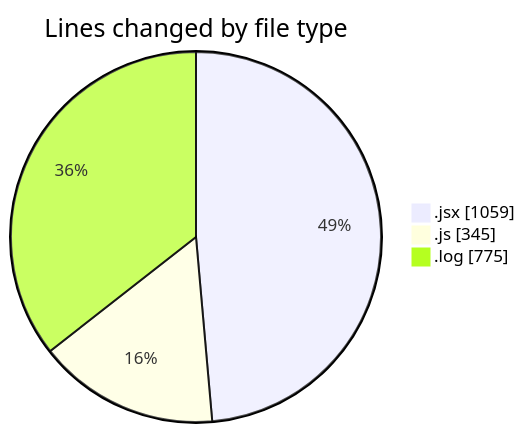
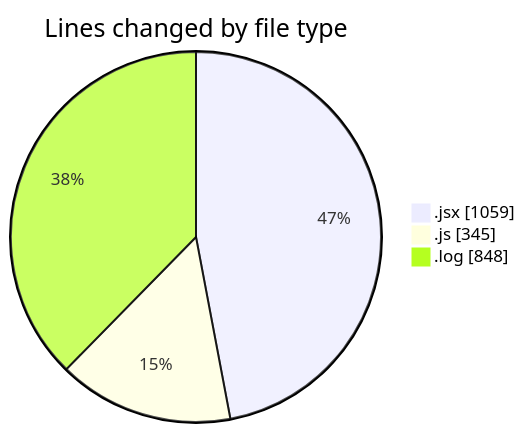
One commit to nxtqubesakshisongat/code-tracking changed the first of 2 diagrams in 2025-12-14/nxtqube_webapp/README.md. Above: the diagram before and after it, drawn with Mermaid. The commit also changed other lines of this file and 1 other file, not shown here.

````diff
--- a/2025-12-14/nxtqube_webapp/README.md
+++ b/2025-12-14/nxtqube_webapp/README.md
@@ -25,7 +25,7 @@
 ```mermaid
 pie showData
 title Lines changed by file type
 ".jsx" : 1059
 ".js" : 345
-".log" : 775
+".log" : 848
 ```
````
